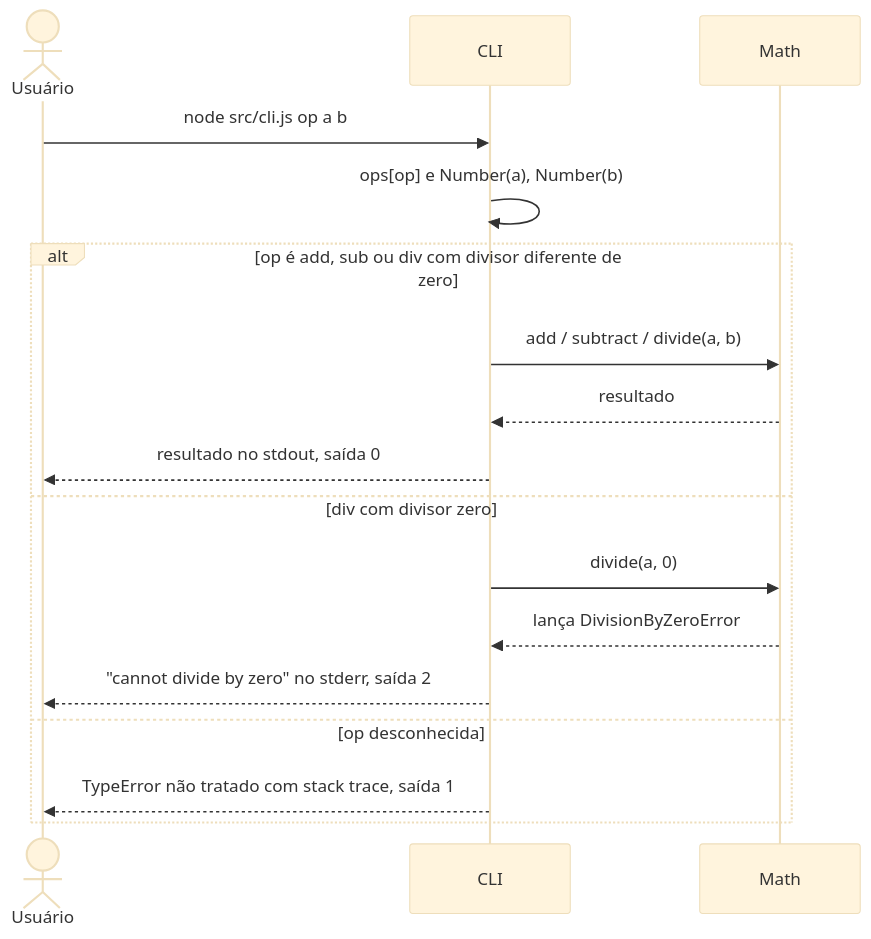
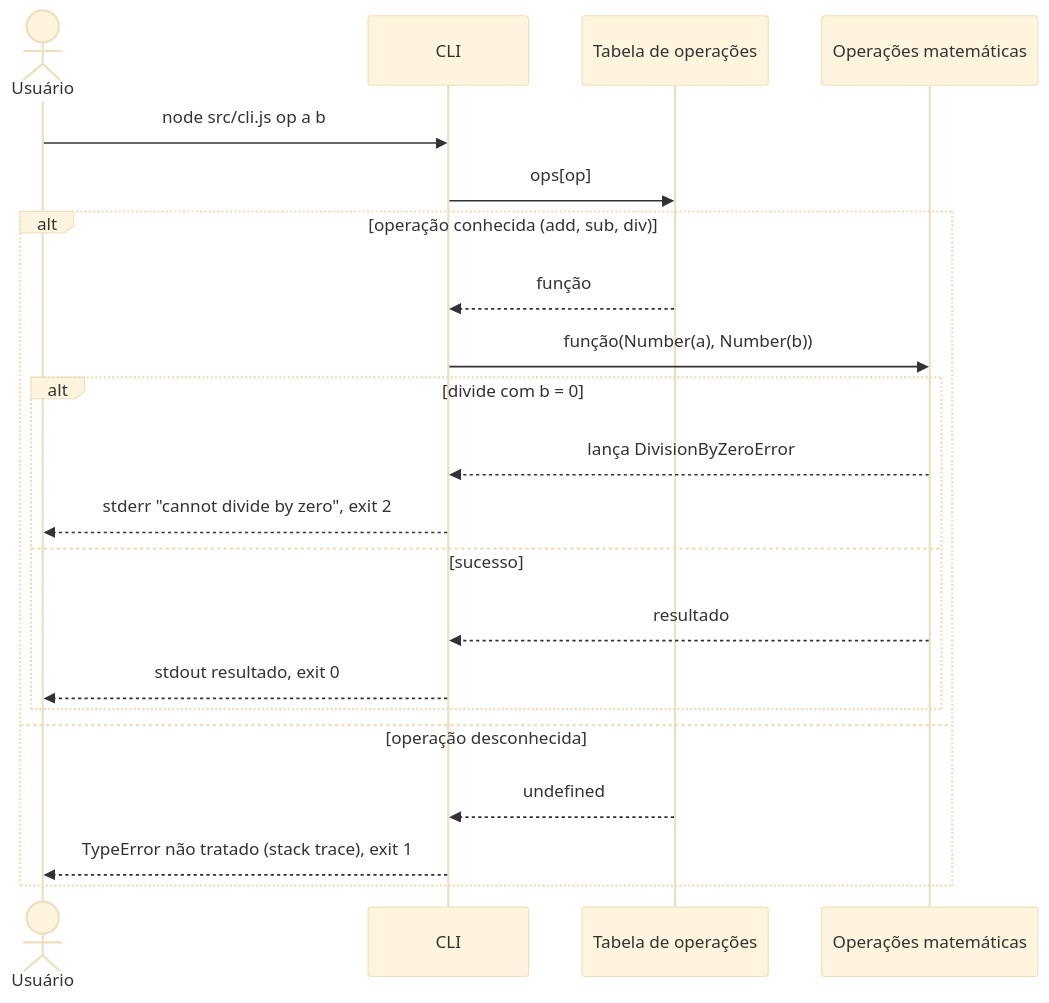
Before and after one commit to mateusblm/okeanos-agent: the second of 2 diagrams in examples/calc/docs/features/math-ops.md, drawn with Mermaid (base theme). The commit also changed other lines of this file and 4 other files, not shown here.

First line of the commit message:
as-built: draw C4 notation with flowchart instead of native C4 diagrams

````diff
--- a/examples/calc/docs/features/math-ops.md
+++ b/examples/calc/docs/features/math-ops.md
@@ -46,19 +50,24 @@
 ```mermaid
 sequenceDiagram
   actor U as Usuário
-  participant CLI
-  participant Math
-  U->>CLI: node src/cli.js op a b
-  CLI->>CLI: ops[op] e Number(a), Number(b)
-  alt op é add, sub ou div com divisor diferente de zero
-    CLI->>Math: add / subtract / divide(a, b)
-    Math-->>CLI: resultado
-    CLI-->>U: resultado no stdout, saída 0
-  else div com divisor zero
-    CLI->>Math: divide(a, 0)
-    Math-->>CLI: lança DivisionByZeroError
-    CLI-->>U: "cannot divide by zero" no stderr, saída 2
-  else op desconhecida
-    CLI-->>U: TypeError não tratado com stack trace, saída 1
+  participant C as CLI
+  participant T as Tabela de operações
+  participant M as Operações matemáticas
+
+  U->>C: node src/cli.js op a b
+  C->>T: ops[op]
+  alt operação conhecida (add, sub, div)
+    T-->>C: função
+    C->>M: função(Number(a), Number(b))
+    alt divide com b = 0
+      M-->>C: lança DivisionByZeroError
+      C-->>U: stderr "cannot divide by zero", exit 2
+    else sucesso
+      M-->>C: resultado
+      C-->>U: stdout resultado, exit 0
+    end
+  else operação desconhecida
+    T-->>C: undefined
+    C-->>U: TypeError não tratado (stack trace), exit 1
   end
 ```
````
